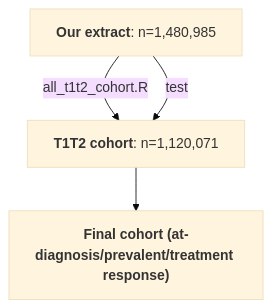
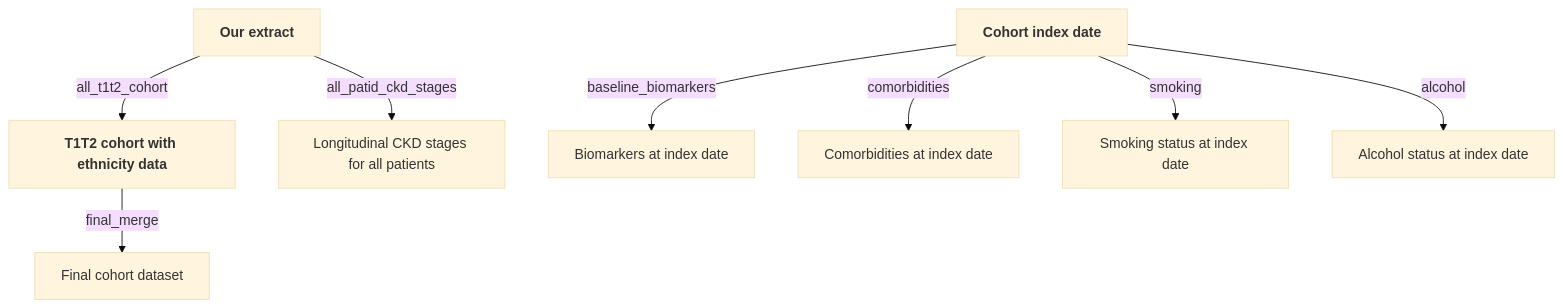
One commit to Exeter-Diabetes/CPRD-Cohort-scripts changed the second of 2 diagrams in README.md. Above: the diagram before and after it, drawn with Mermaid (base theme).

````diff
--- a/README.md
+++ b/README.md
@@ -44,9 +44,14 @@
 ```mermaid
 graph TD;
-    A["<b>Our extract</b>: n=1,480,985"] --> |"all_t1t2_cohort.R"|B["<b>T1T2 cohort</b>: n=1,120,071"]
-    B-->C["<b>Final cohort (at-diagnosis/prevalent/treatment response)</b>"]
-    A-->|"test"|B
+    A["<b>Our extract</b>"] --> |"all_t1t2_cohort"|B["<b>T1T2 cohort<b> with ethnicity data"]
+    A-->|"all_patid_ckd_stages"|C["Longitudinal CKD stages for all patients"]
+    D["<b>Cohort index date</b>"]
+    D-->|"baseline_biomarkers"|E["Biomarkers at index date"]
+    D-->|"comorbidities"|F["Comorbidities at index date"]
+    D-->|"smoking"|G["Smoking status at index date"]
+    D-->|"alcohol"|H["Alcohol status at index date"]
+    B-->|"final_merge"|I["Final cohort dataset"]
     
     
     
 ```
````
